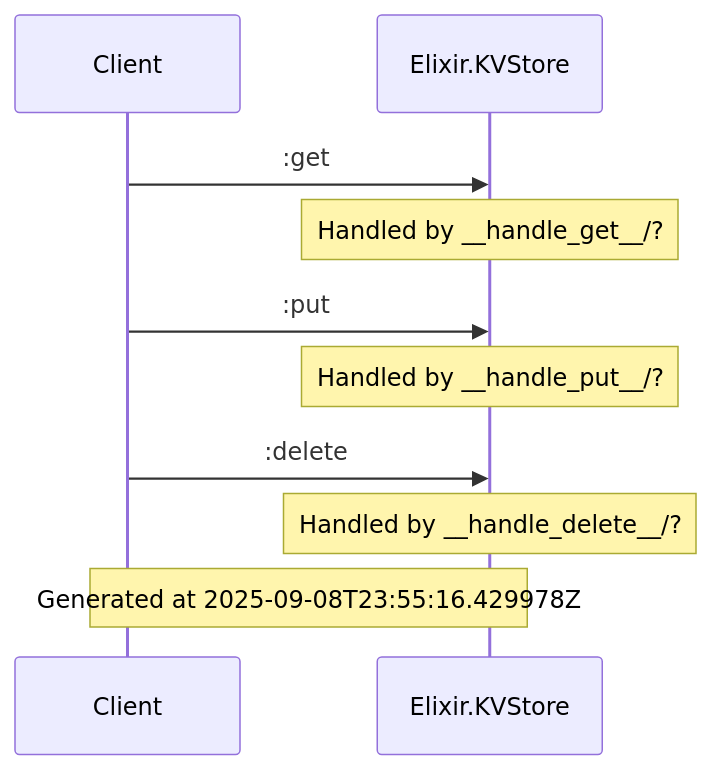
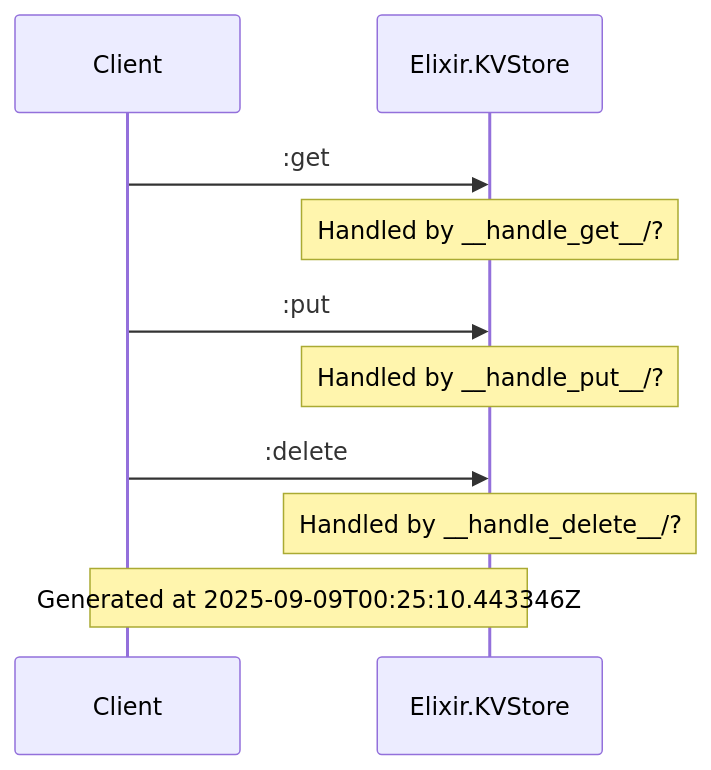
Before and after one commit to anoma/engine: the diagram in docs/diagrams/Elixir.KVStore.md, drawn with Mermaid. The commit also changed other lines of this file and 27 other files, not shown here.

````diff
--- a/docs/diagrams/Elixir.KVStore.md
+++ b/docs/diagrams/Elixir.KVStore.md
@@ -5,14 +5,14 @@
 ```mermaid
 sequenceDiagram
     participant Client
     participant Elixir.Examples.KVStoreEngine as Elixir.KVStore
     Client->>Elixir.Examples.KVStoreEngine: :get
     Note over Elixir.Examples.KVStoreEngine: Handled by __handle_get__/?
     Client->>Elixir.Examples.KVStoreEngine: :put
     Note over Elixir.Examples.KVStoreEngine: Handled by __handle_put__/?
     Client->>Elixir.Examples.KVStoreEngine: :delete
     Note over Elixir.Examples.KVStoreEngine: Handled by __handle_delete__/?
 
-Note over Client, Elixir.Examples.KVStoreEngine: Generated at 2025-09-08T23:55:16.429978Z
+Note over Client, Elixir.Examples.KVStoreEngine: Generated at 2025-09-09T00:25:10.443346Z
 
 ```
````
